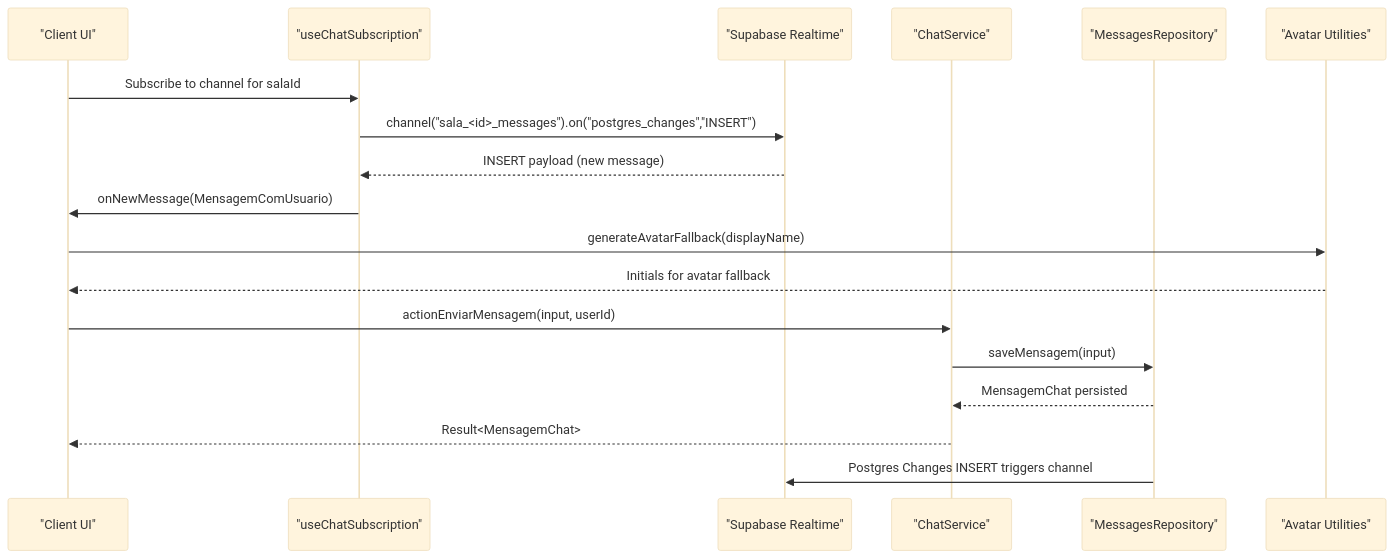
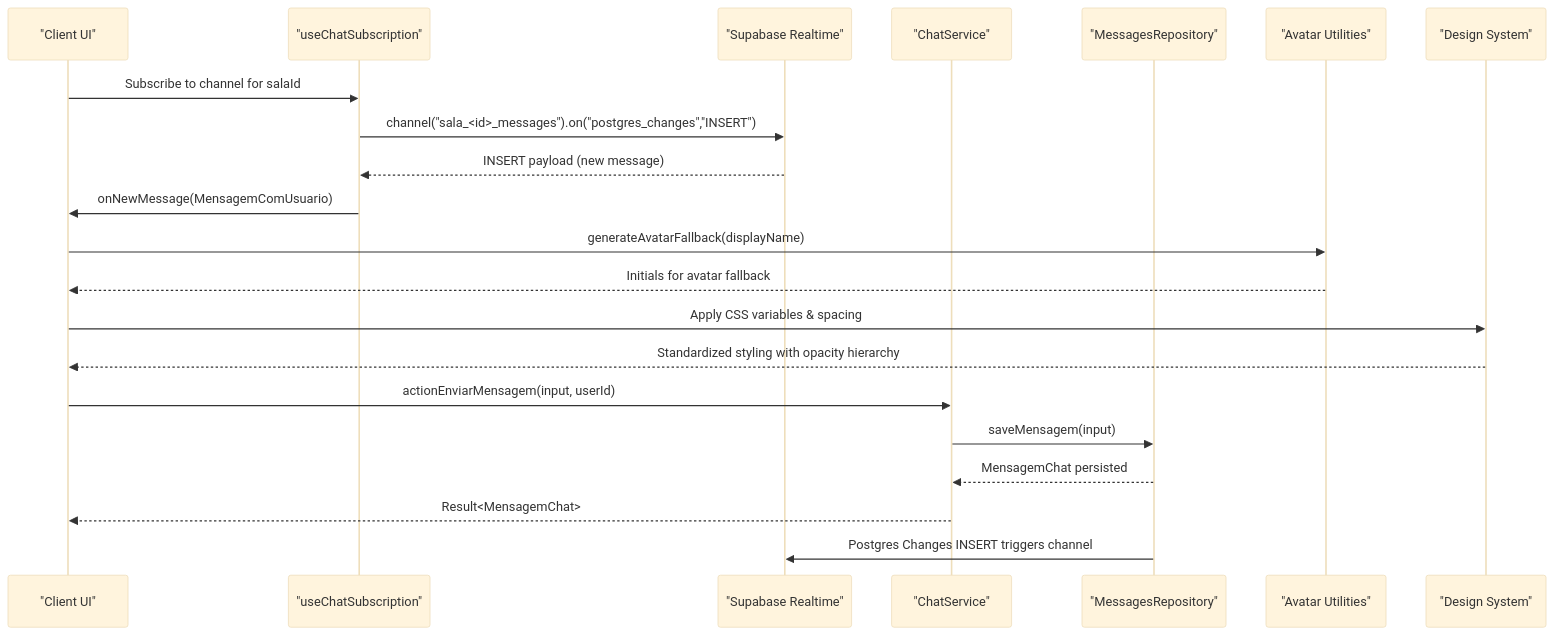
Before and after one commit to SinesysTech/zattar-os: the second of 7 diagrams in .qoder/repowiki/en/content/Real-time Features/Chat System.md, drawn with Mermaid (base theme). The commit also changed other lines of this file and 4 other files, not shown here.

````diff
--- a/.qoder/repowiki/en/content/Real-time Features/Chat System.md
+++ b/.qoder/repowiki/en/content/Real-time Features/Chat System.md
@@ -132,20 +144,23 @@
 ```mermaid
 sequenceDiagram
 participant Client as "Client UI"
 participant Hook as "useChatSubscription"
 participant Supabase as "Supabase Realtime"
 participant Service as "ChatService"
 participant Repo as "MessagesRepository"
 participant AvatarUtil as "Avatar Utilities"
+participant DesignSystem as "Design System"
 Client->>Hook : Subscribe to channel for salaId
 Hook->>Supabase : channel("sala_<id>_messages").on("postgres_changes","INSERT")
 Supabase-->>Hook : INSERT payload (new message)
 Hook->>Client : onNewMessage(MensagemComUsuario)
 Client->>AvatarUtil : generateAvatarFallback(displayName)
 AvatarUtil-->>Client : Initials for avatar fallback
+Client->>DesignSystem : Apply CSS variables & spacing
+DesignSystem-->>Client : Standardized styling with opacity hierarchy
 Client->>Service : actionEnviarMensagem(input, userId)
 Service->>Repo : saveMensagem(input)
 Repo-->>Service : MensagemChat persisted
 Service-->>Client : Result<MensagemChat>
 Repo->>Supabase : Postgres Changes INSERT triggers channel
 ```
````
